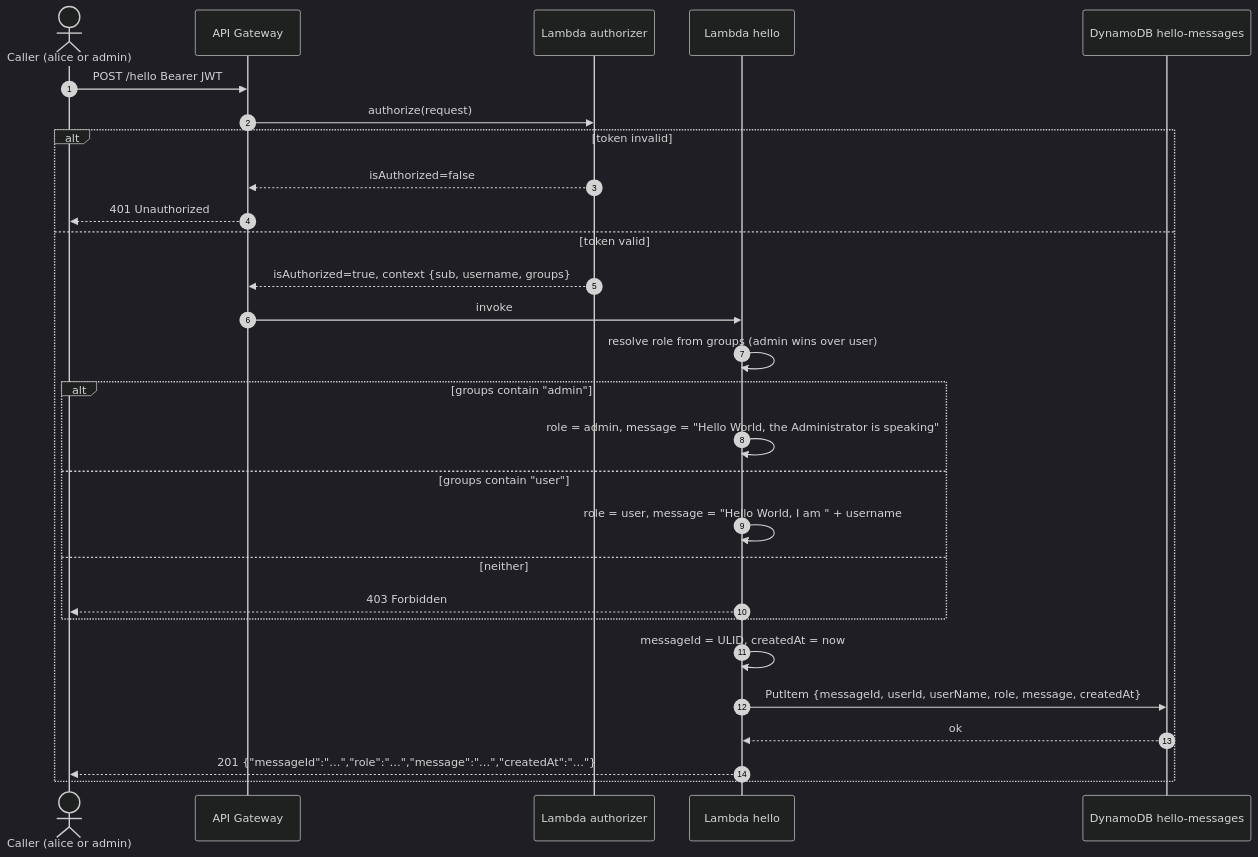
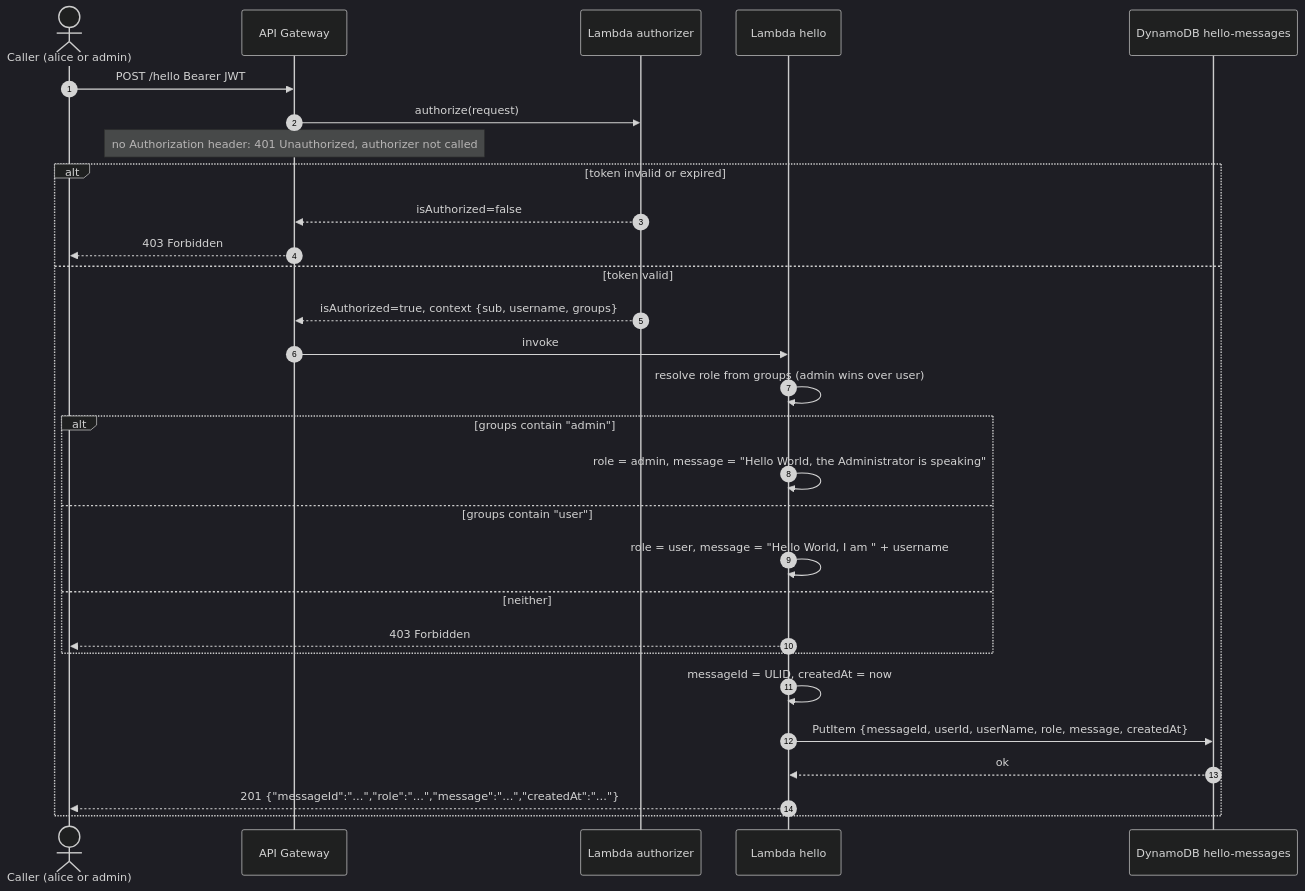
Before and after one commit to EnricoPicci/shared-calendar: the sixth of 7 diagrams in docs/ARCHITECTURE.md, drawn with Mermaid (dark theme). The commit also changed other lines of this file and 9 other files, not shown here.

````diff
--- a/docs/ARCHITECTURE.md
+++ b/docs/ARCHITECTURE.md
@@ -317,31 +320,32 @@
 ```mermaid
 sequenceDiagram
     autonumber
     actor C as Caller (alice or admin)
     participant GW as API Gateway
     participant AUTH as Lambda authorizer
     participant HW as Lambda hello
     participant DB as DynamoDB hello-messages
 
     C->>GW: POST /hello  Bearer JWT
     GW->>AUTH: authorize(request)
-    alt token invalid
+    Note over GW: no Authorization header: 401 Unauthorized, authorizer not called
+    alt token invalid or expired
         AUTH-->>GW: isAuthorized=false
-        GW-->>C: 401 Unauthorized
+        GW-->>C: 403 Forbidden
     else token valid
         AUTH-->>GW: isAuthorized=true, context {sub, username, groups}
         GW->>HW: invoke
         HW->>HW: resolve role from groups (admin wins over user)
         alt groups contain "admin"
             HW->>HW: role = admin, message = "Hello World, the Administrator is speaking"
         else groups contain "user"
             HW->>HW: role = user, message = "Hello World, I am " + username
         else neither
             HW-->>C: 403 Forbidden
         end
         HW->>HW: messageId = ULID, createdAt = now
         HW->>DB: PutItem {messageId, userId, userName, role, message, createdAt}
         DB-->>HW: ok
         HW-->>C: 201 {"messageId":"…","role":"…","message":"…","createdAt":"…"}
     end
 ```
````
